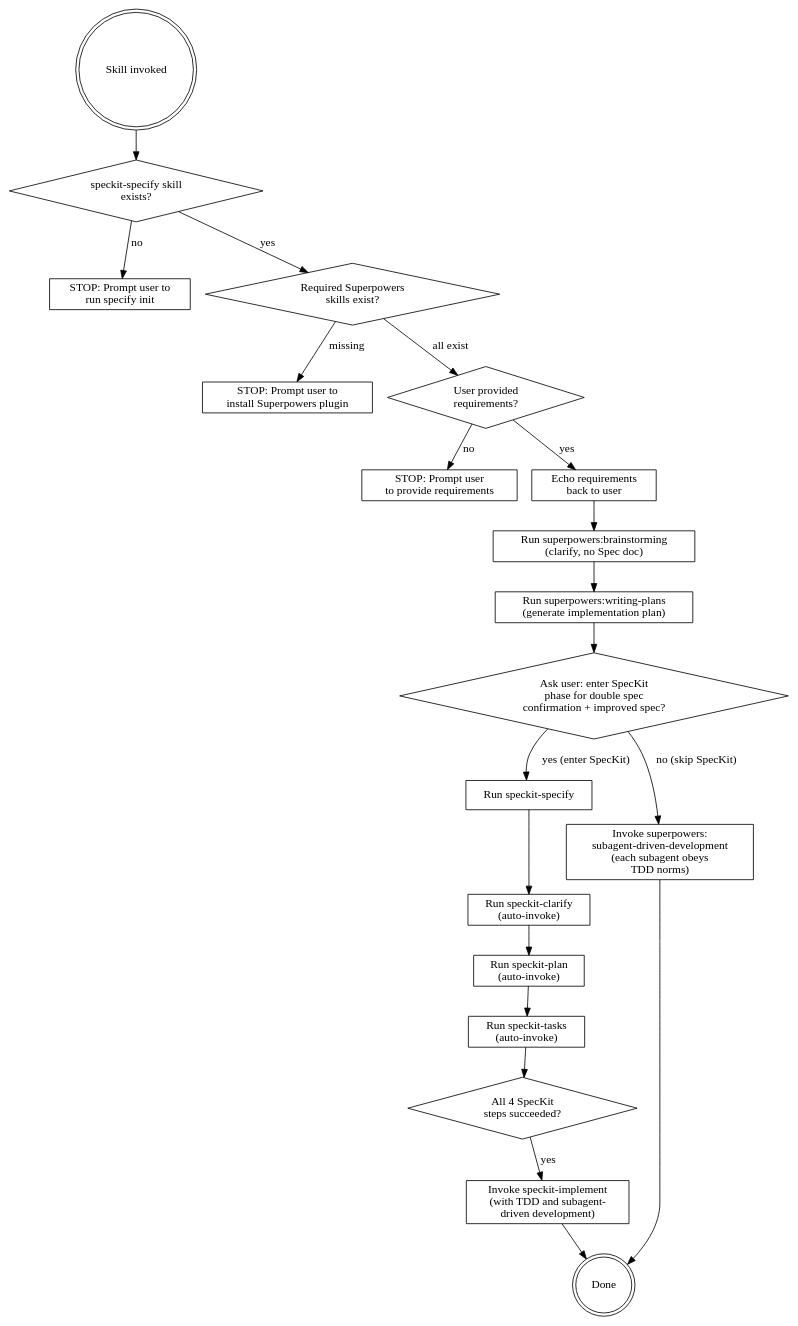
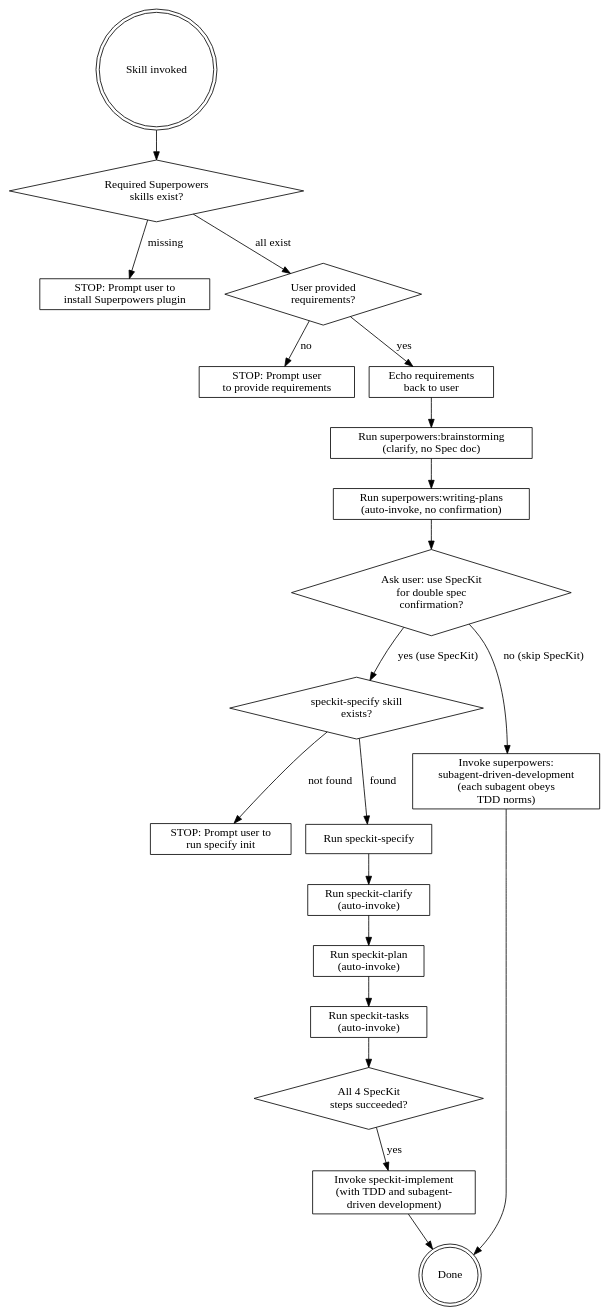
Before and after one commit to zhang-songhan/yanzhi-sdd-workflow: the diagram in skills/brainstorm-specify-implement/SKILL.md, drawn with Graphviz. The commit also changed other lines of this file and 2 other files, not shown here.

First line of the commit message:
v260612-151149 refactor. restructure brainstorm-specify-implement workflow steps

````diff
--- a/skills/brainstorm-specify-implement/SKILL.md
+++ b/skills/brainstorm-specify-implement/SKILL.md
@@ -12,45 +12,45 @@
 ```dot
 digraph workflow {
     rankdir=TB;
 
     start [label="Skill invoked", shape=doublecircle];
-    check_speckit [label="speckit-specify skill\nexists?", shape=diamond];
-    stop_speckit [label="STOP: Prompt user to\nrun specify init", shape=box];
     check_superpowers [label="Required Superpowers\nskills exist?", shape=diamond];
     stop_superpowers [label="STOP: Prompt user to\ninstall Superpowers plugin", shape=box];
     check_requirements [label="User provided\nrequirements?", shape=diamond];
     stop_no_req [label="STOP: Prompt user\nto provide requirements", shape=box];
     echo_req [label="Echo requirements\nback to user", shape=box];
     brainstorm [label="Run superpowers:brainstorming\n(clarify, no Spec doc)", shape=box];
-    writing_plan [label="Run superpowers:writing-plans\n(generate implementation plan)", shape=box];
-    ask_speckit [label="Ask user: enter SpecKit\nphase for double spec\nconfirmation + improved spec?", shape=diamond];
+    writing_plan [label="Run superpowers:writing-plans\n(auto-invoke, no confirmation)", shape=box];
+    ask_speckit [label="Ask user: use SpecKit\nfor double spec\nconfirmation?", shape=diamond];
+    check_speckit [label="speckit-specify skill\nexists?", shape=diamond];
+    stop_speckit [label="STOP: Prompt user to\nrun specify init", shape=box];
     specify [label="Run speckit-specify", shape=box];
     clarify [label="Run speckit-clarify\n(auto-invoke)", shape=box];
     plan [label="Run speckit-plan\n(auto-invoke)", shape=box];
     tasks [label="Run speckit-tasks\n(auto-invoke)", shape=box];
     check_all_done [label="All 4 SpecKit\nsteps succeeded?", shape=diamond];
     implement_speckit [label="Invoke speckit-implement\n(with TDD and subagent-\ndriven development)", shape=box];
     implement_direct [label="Invoke superpowers:\nsubagent-driven-development\n(each subagent obeys\nTDD norms)", shape=box];
     done [label="Done", shape=doublecircle];
 
-    start -> check_speckit;
-    check_speckit -> stop_speckit [label="no"];
-    check_speckit -> check_superpowers [label="yes"];
+    start -> check_superpowers;
     check_superpowers -> stop_superpowers [label="missing"];
     check_superpowers -> check_requirements [label="all exist"];
     check_requirements -> stop_no_req [label="no"];
     check_requirements -> echo_req [label="yes"];
     echo_req -> brainstorm;
     brainstorm -> writing_plan;
     writing_plan -> ask_speckit;
-    ask_speckit -> specify [label="yes (enter SpecKit)"];
+    ask_speckit -> check_speckit [label="yes (use SpecKit)"];
+    check_speckit -> stop_speckit [label="not found"];
+    check_speckit -> specify [label="found"];
     specify -> clarify;
     clarify -> plan;
     plan -> tasks;
     tasks -> check_all_done;
     check_all_done -> implement_speckit [label="yes"];
     implement_speckit -> done;
     ask_speckit -> implement_direct [label="no (skip SpecKit)"];
     implement_direct -> done;
 }
 ```
````
